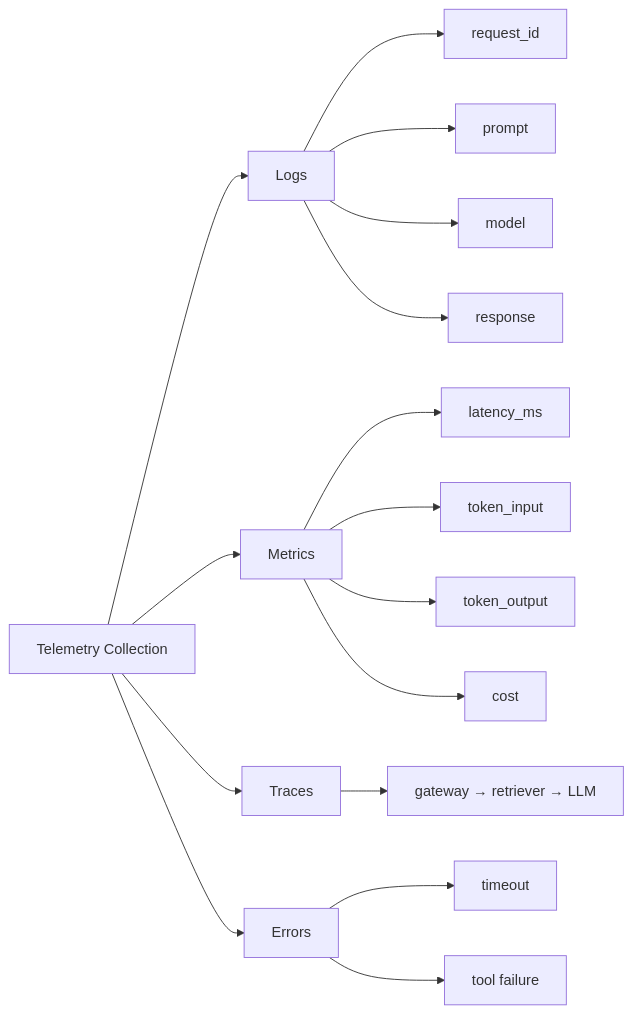
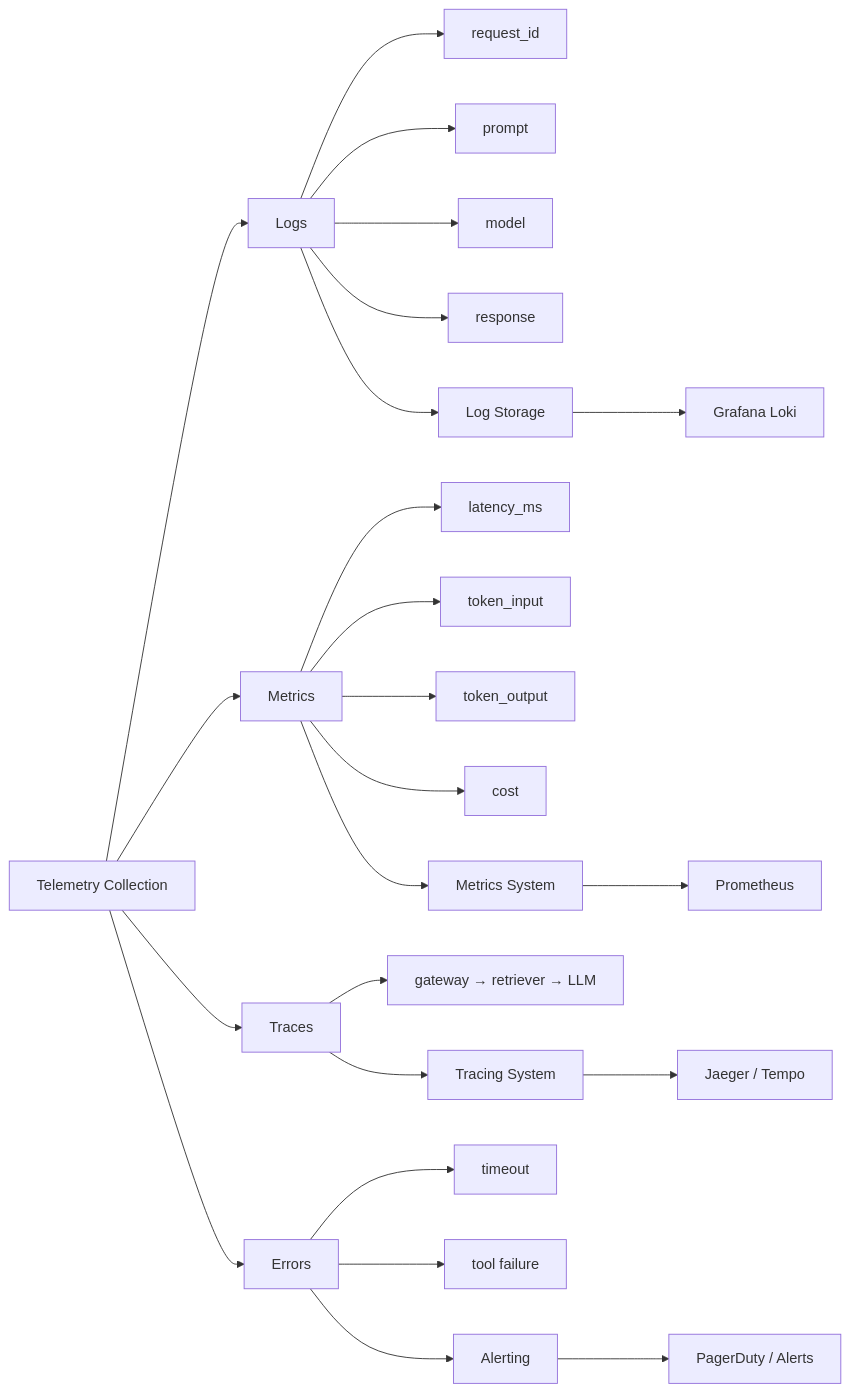
Before and after one commit to taixingbi/chat-bot-docs: the fourth of 4 diagrams in README.md, drawn with Mermaid.

Commit message:
Add logging, metrics, tracing, and alerting sections

````diff
--- a/README.md
+++ b/README.md
@@ -52,25 +52,35 @@
 ```mermaid
 flowchart LR
 
 A[Telemetry Collection]
 
 A --> B[Logs]
 A --> C[Metrics]
 A --> D[Traces]
 A --> E[Errors]
 
 B --> B1[request_id]
 B --> B2[prompt]
 B --> B3[model]
 B --> B4[response]
 
 C --> C1[latency_ms]
 C --> C2[token_input]
 C --> C3[token_output]
 C --> C4[cost]
 
 D --> D1[gateway → retriever → LLM]
 
 E --> E1[timeout]
 E --> E2[tool failure]
+
+B --> F[Log Storage]
+C --> G[Metrics System]
+D --> H[Tracing System]
+E --> I[Alerting]
+
+F --> J[Grafana Loki]
+G --> K[Prometheus]
+H --> L[Jaeger / Tempo]
+I --> M[PagerDuty / Alerts]
 ```
````
